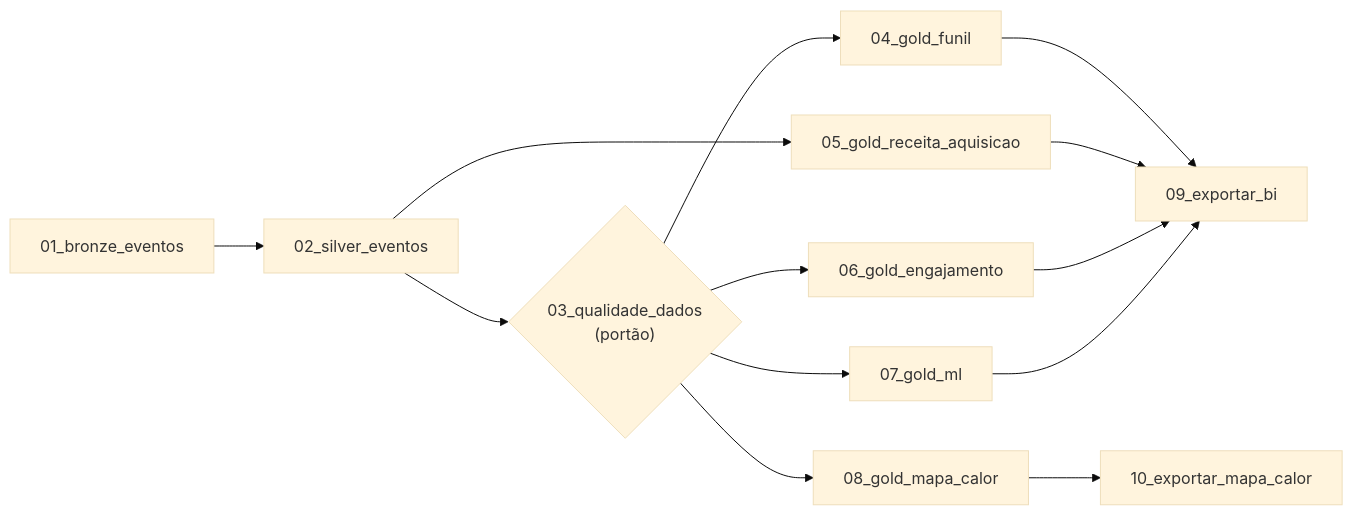
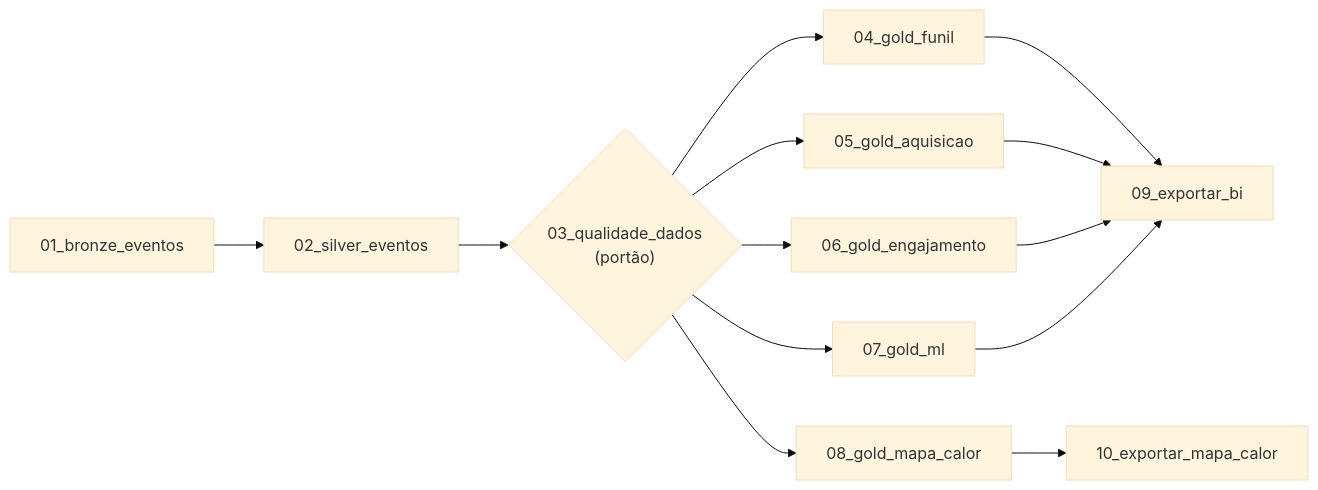
Before and after one commit to danieltanjos/SolarVision: the diagram in datalake/workflows/README.md, drawn with Mermaid (base theme). The commit also changed other lines of this file and 6 other files, not shown here.

````diff
--- a/datalake/workflows/README.md
+++ b/datalake/workflows/README.md
@@ -27,12 +26,12 @@
 ```mermaid
 flowchart LR
     b["01_bronze_eventos"] --> s["02_silver_eventos"]
     s --> q{"03_qualidade_dados<br/>(portão)"}
-    s --> r["05_gold_receita_aquisicao"]
+    q --> r["05_gold_aquisicao"]
     q --> f["04_gold_funil"]
     q --> e["06_gold_engajamento"]
     q --> m["07_gold_ml"]
     q --> c["08_gold_mapa_calor"]
     f & r & e & m --> x["09_exportar_bi"]
     c --> xm["10_exportar_mapa_calor"]
 ```
````
